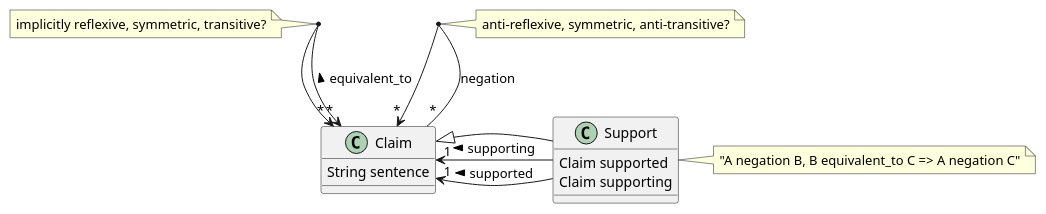
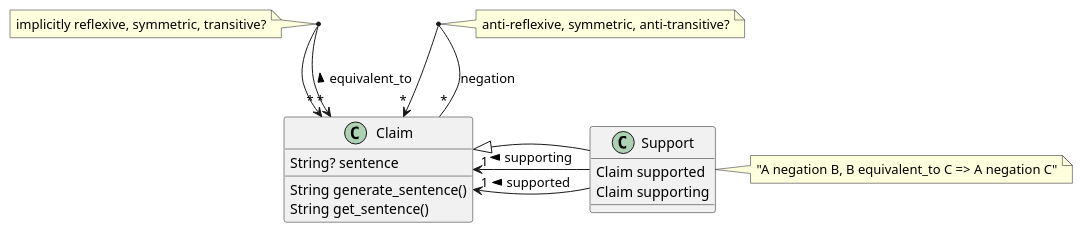
Before and after one commit to canonical-debate-lab/cd-domain-model: the diagram in diagram/tim.puml, drawn with PlantUML.

Commit message:
generated sentences

```diff
--- a/diagram/tim.puml
+++ b/diagram/tim.puml
@@ -1,35 +1,37 @@
 @startuml
 
 class Claim {
-  String sentence
+  String? sentence
   ' String negation_sentence  (must be != sentence)
+  String generate_sentence()
+  String get_sentence()
 }
 
 Claim "*" <-> "*" Claim : > equivalent_to
 note  "implicitly reflexive, symmetric, transitive?" as N2
 (Claim, Claim) . N2
 
 '(Claim, Claim) . ClaimEquivalence
 'ClaimEquivalenceClass o-> "*" Claim
 
 'ClaimEquivalence "*" -> "*" ClaimEquivalence : > negation
 
 Claim "*" -> "*" Claim : > negation
 note  "anti-reflexive, symmetric, anti-transitive?" as N1
 (Claim, Claim) .. N1
 
 'Claim o-> Claim : > supports
 
 class Support {
   Claim supported
   Claim supporting
 }
 note right: "A negation B, B equivalent_to C => A negation C"
 
 Claim "1" <- Support: < supported 
 Claim "1" <- Support: < supporting
 
 Claim <|-- Support
 
 
 @enduml
```
